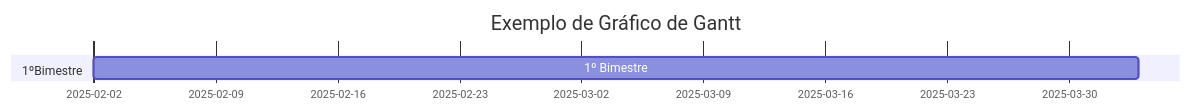
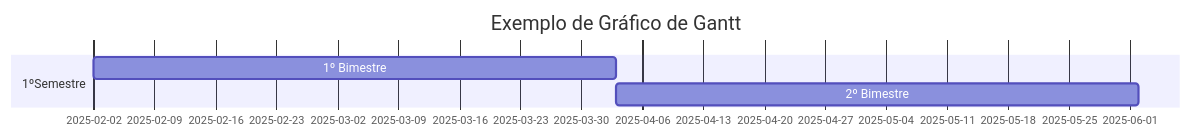
The third of 3 diagrams in README.md (ramtrigodev/grafico_g), drawn with Mermaid before and after one commit.

````diff
--- a/README.md
+++ b/README.md
@@ -17,8 +17,9 @@
 ```mermaid
 gantt
    title Exemplo de Gráfico de Gantt
    dateFormat YYYY-MM-DD 
-   section 1ºBimestre
+   section 1ºSemestre
    1º Bimestre :a1, 2025-02-02, 60d
-   section 2º Bimestre
+   2º Bimestre :a2, after a1, 60d
+   section 2º Semestre
 ```
````
